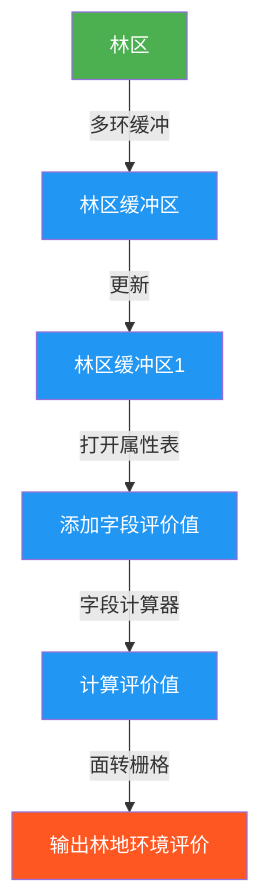
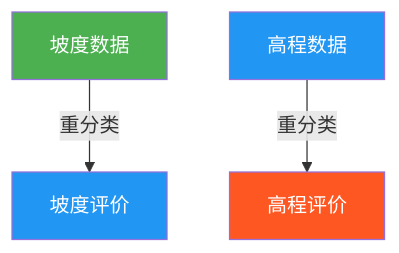
The diagram in all/未命名.md (newguser/iodraw-files), drawn with Mermaid before and after one commit.

Commit message:
2025-02-27 16:16:24 update

````diff
--- a/all/未命名.md
+++ b/all/未命名.md
@@ -1,13 +1,10 @@
 ```mermaid
 graph TD
-    A[林区] -->|多环缓冲| B[林区缓冲区]
-    B -->|更新| C[林区缓冲区1]
-    C -->|打开属性表| D[添加字段评价值]
-    D -->|字段计算器| E[计算评价值]
-    E -->|面转栅格| F[输出林地环境评价]
+    A[坡度数据] -->|重分类| B[坡度评价]
+    C[高程数据] -->|重分类| D[高程评价]
 
     style A fill:#4CAF50,color:white
-    style F fill:#FF5722,color:white
+    style D fill:#FF5722,color:white
     classDef process fill:#2196F3,color:white;
-    class B,C,D,E process
+    class B,C process
 ```
````
